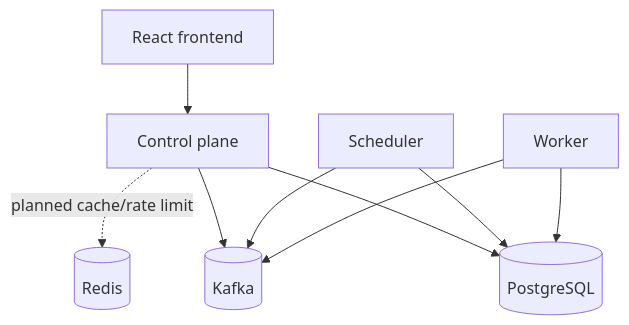
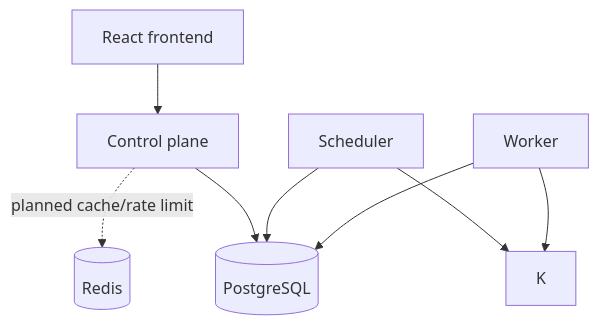
Before and after one commit to mihirgamre/taskforge: the first of 2 diagrams in docs/ARCHITECTURE.md, drawn with Mermaid. The commit also changed other lines of this file and 51 other files, not shown here.

````diff
--- a/docs/ARCHITECTURE.md
+++ b/docs/ARCHITECTURE.md
@@ -13,11 +13,10 @@
 ```mermaid
 flowchart TB
   FE["React frontend"] --> CP["Control plane"]
   CP --> PG[("PostgreSQL")]
-  CP --> K[("Kafka")]
   SCH["Scheduler"] --> PG
   SCH --> K
   W["Worker"] --> K
   W --> PG
   CP -. planned cache/rate limit .-> R[("Redis")]
 ```
````
